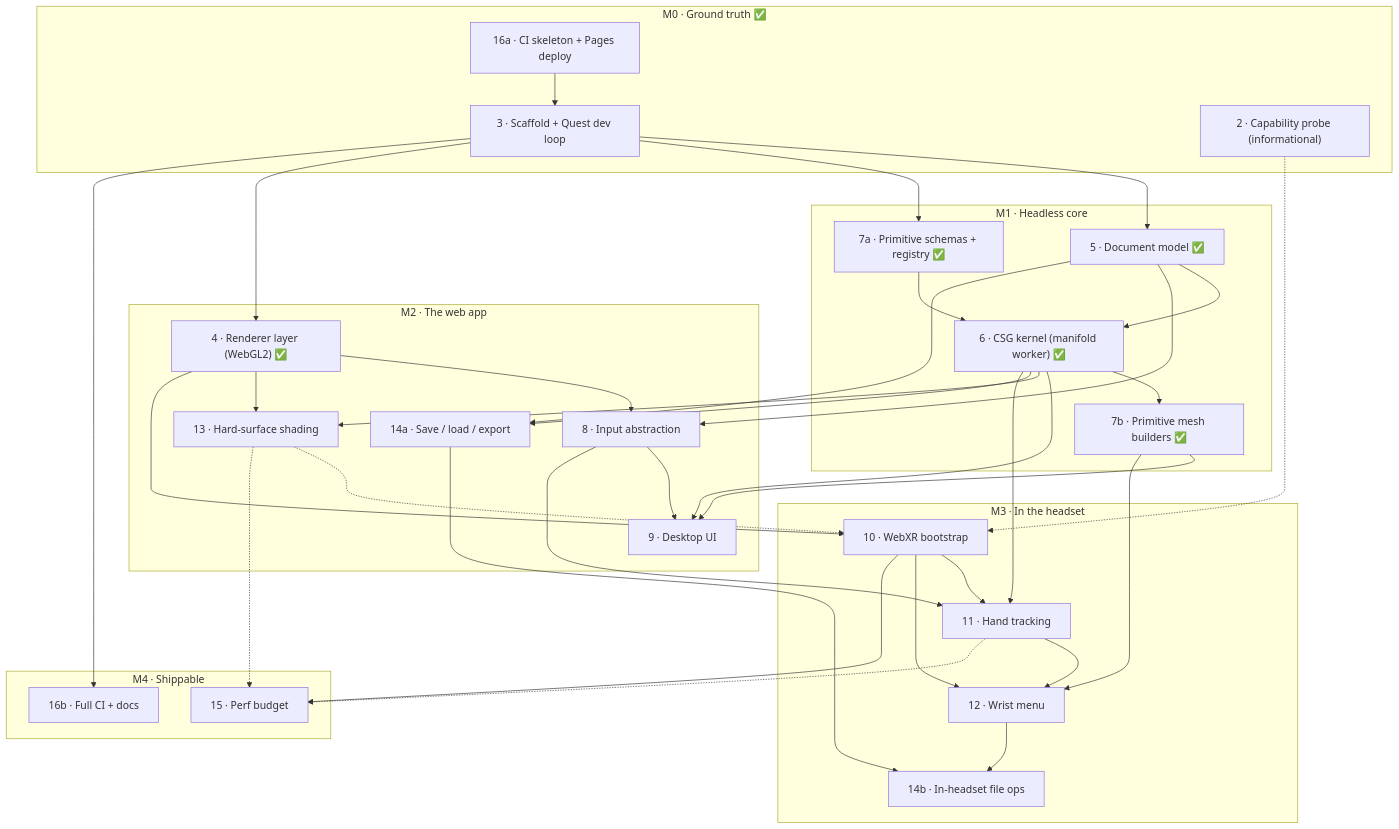
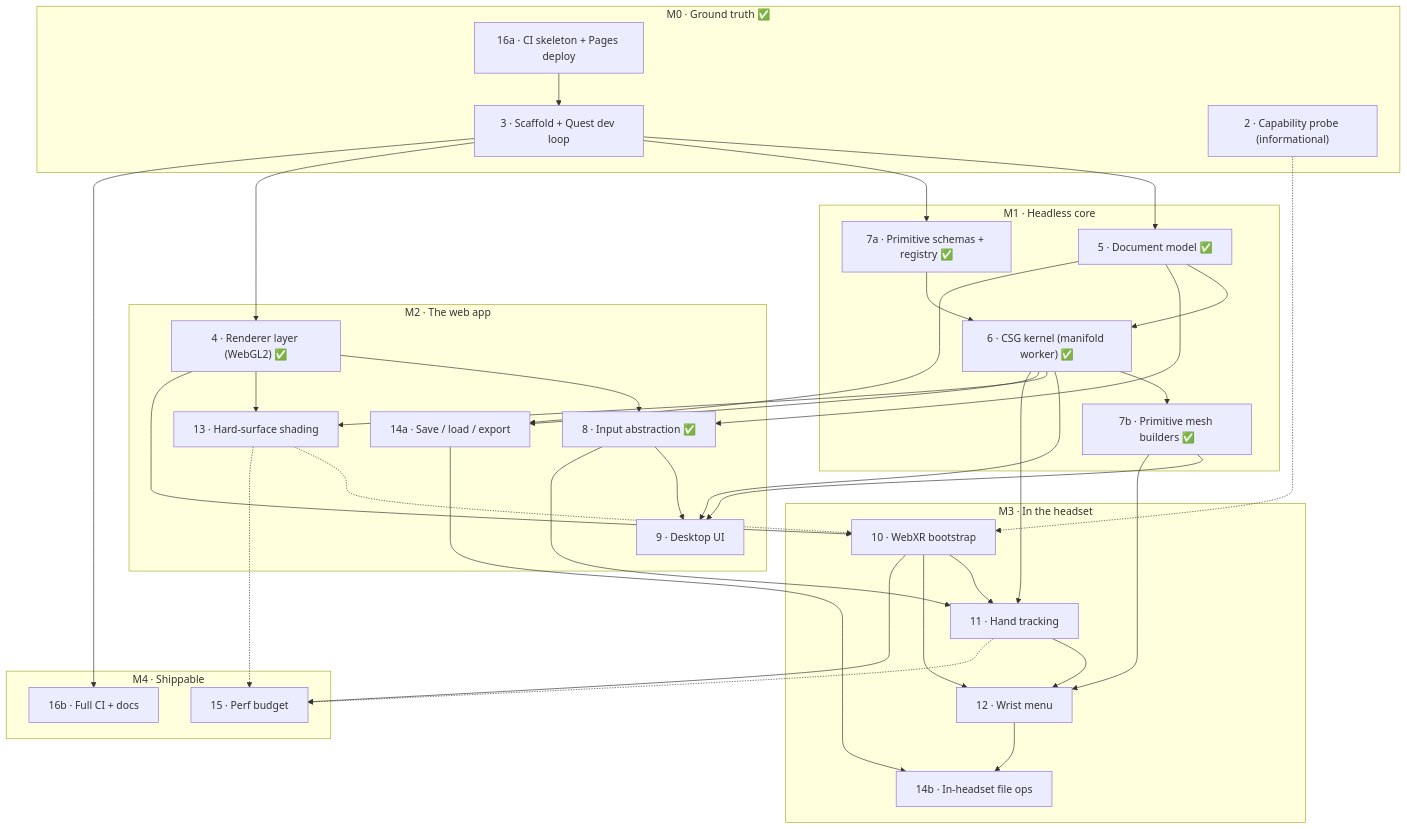
The diagram in docs/roadmap.md (kruddage/carve), drawn with Mermaid before and after one commit. The commit also changed other lines of this file and 21 other files, not shown here.

````diff
--- a/docs/roadmap.md
+++ b/docs/roadmap.md
@@ -36,71 +36,71 @@
 ```mermaid
 graph TD
     subgraph M0["M0 · Ground truth ✅"]
         I16a["16a · CI skeleton + Pages deploy"]
         I3["3 · Scaffold + Quest dev loop"]
         I2["2 · Capability probe (informational)"]
     end
 
     subgraph M1["M1 · Headless core"]
         I5["5 · Document model ✅"]
         I7a["7a · Primitive schemas + registry ✅"]
         I6["6 · CSG kernel (manifold worker) ✅"]
         I7b["7b · Primitive mesh builders ✅"]
     end
 
     subgraph M2["M2 · The web app"]
         I4["4 · Renderer layer (WebGL2) ✅"]
-        I8["8 · Input abstraction"]
+        I8["8 · Input abstraction ✅"]
         I9["9 · Desktop UI"]
         I13["13 · Hard-surface shading"]
         I14a["14a · Save / load / export"]
     end
 
     subgraph M3["M3 · In the headset"]
         I10["10 · WebXR bootstrap"]
         I11["11 · Hand tracking"]
         I12["12 · Wrist menu"]
         I14b["14b · In-headset file ops"]
     end
 
     subgraph M4["M4 · Shippable"]
         I15["15 · Perf budget"]
         I16b["16b · Full CI + docs"]
     end
 
     I16a --> I3
     I3 --> I5
     I3 --> I7a
     I3 --> I4
     I3 --> I16b
 
     I5 --> I6
     I7a --> I6
     I6 --> I7b
 
     I5 --> I8
     I4 --> I8
     I6 --> I9
     I7b --> I9
     I8 --> I9
     I4 --> I13
     I6 --> I13
     I5 --> I14a
     I6 --> I14a
 
     I4 --> I10
     I2 -.-> I10
     I6 --> I11
     I8 --> I11
     I10 --> I11
     I7b --> I12
     I10 --> I12
     I11 --> I12
     I12 --> I14b
     I14a --> I14b
     I13 -.-> I10
 
     I10 --> I15
     I11 -.-> I15
     I13 -.-> I15
 ```
````
